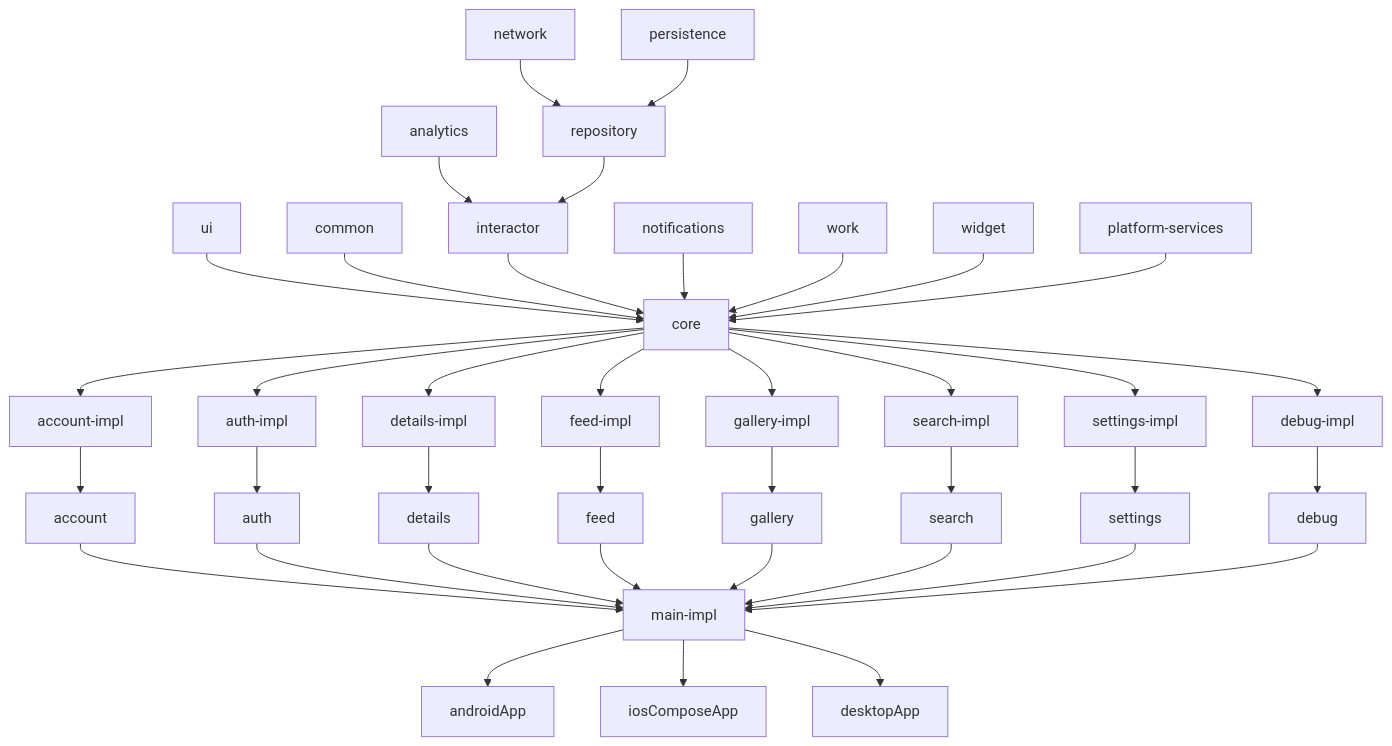
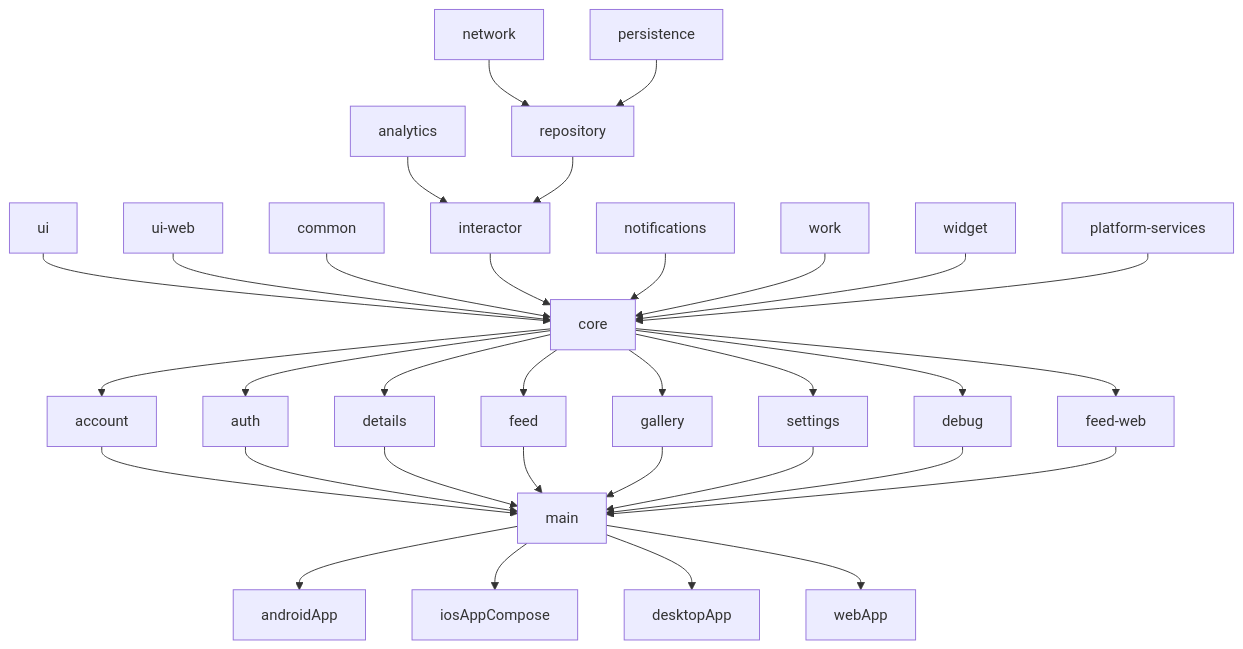
The diagram in readme.md (rodrigosambadesaa/michaelbel-movies-app), drawn with Mermaid before and after one commit. The commit also changed other lines of this file and 438 other files, not shown here.

````diff
--- a/readme.md
+++ b/readme.md
@@ -222,47 +221,40 @@
 ```mermaid
 graph TD;
-    main-impl-->androidApp
-    main-impl-->iosComposeApp
-    main-impl-->desktopApp
+    main-->androidApp
+    main-->iosAppCompose
+    main-->desktopApp
+    main-->webApp
 
-    account-->main-impl
-    auth-->main-impl
-    details-->main-impl
-    feed-->main-impl
-    gallery-->main-impl
-    search-->main-impl
-    settings-->main-impl
-    debug-->main-impl
+    account-->main
+    auth-->main
+    details-->main
+    feed-->main
+    gallery-->main
+    settings-->main
+    debug-->main
+    feed-web-->main
 
-    account-impl-->account
-    auth-impl-->auth
-    details-impl-->details
-    feed-impl-->feed
-    gallery-impl-->gallery
-    search-impl-->search
-    settings-impl-->settings
-    debug-impl-->debug
-
-    core-->account-impl
-    core-->auth-impl
-    core-->details-impl
-    core-->feed-impl
-    core-->gallery-impl
-    core-->search-impl
-    core-->settings-impl
-    core-->debug-impl
+    core-->account
+    core-->auth
+    core-->details
+    core-->feed
+    core-->gallery
+    core-->settings
+    core-->debug
+    core-->feed-web
 
     ui-->core
+    ui-web-->core
     common-->core
     interactor-->core
     notifications-->core
     work-->core
     widget-->core
     platform-services-->core
 
     analytics-->interactor
     repository-->interactor
 
     network-->repository
     persistence-->repository
 ```
````
